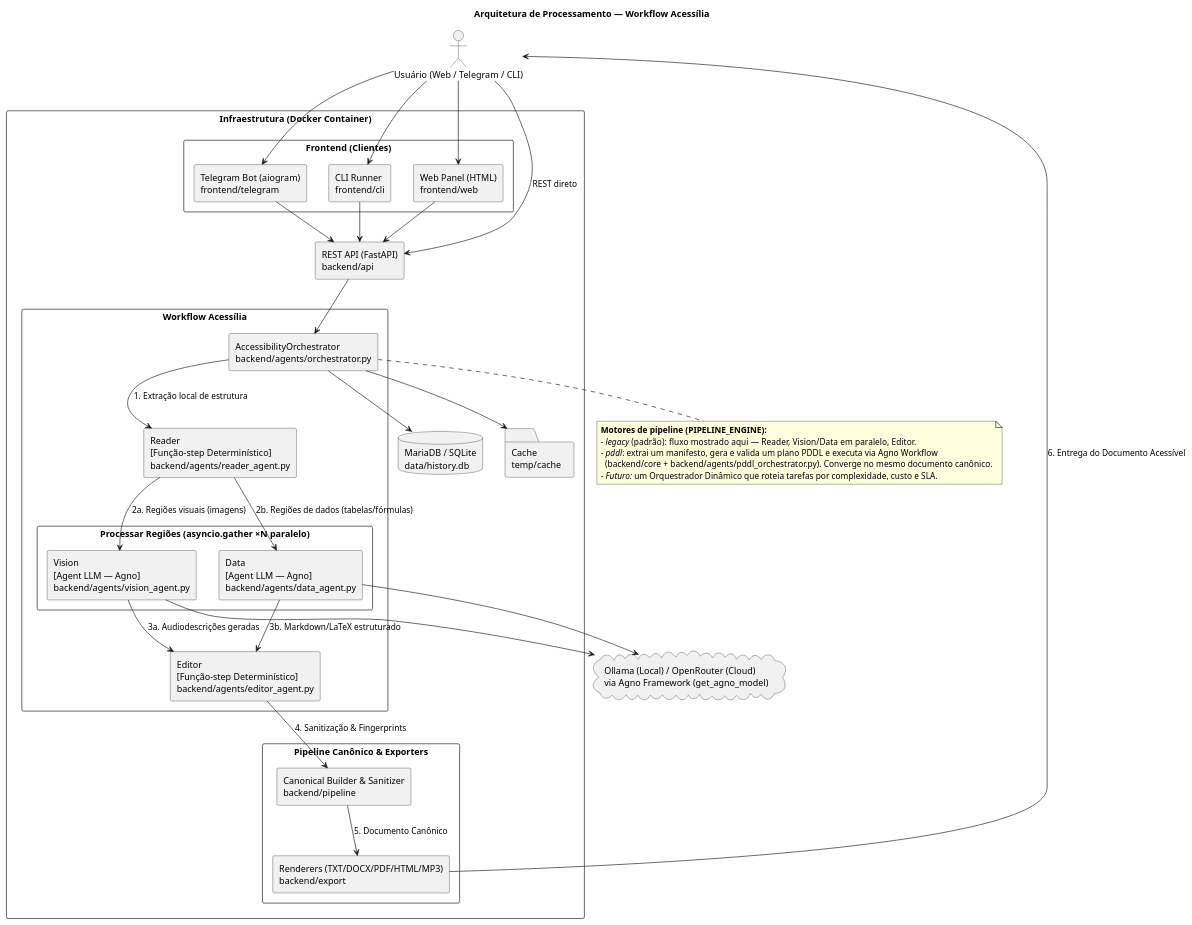
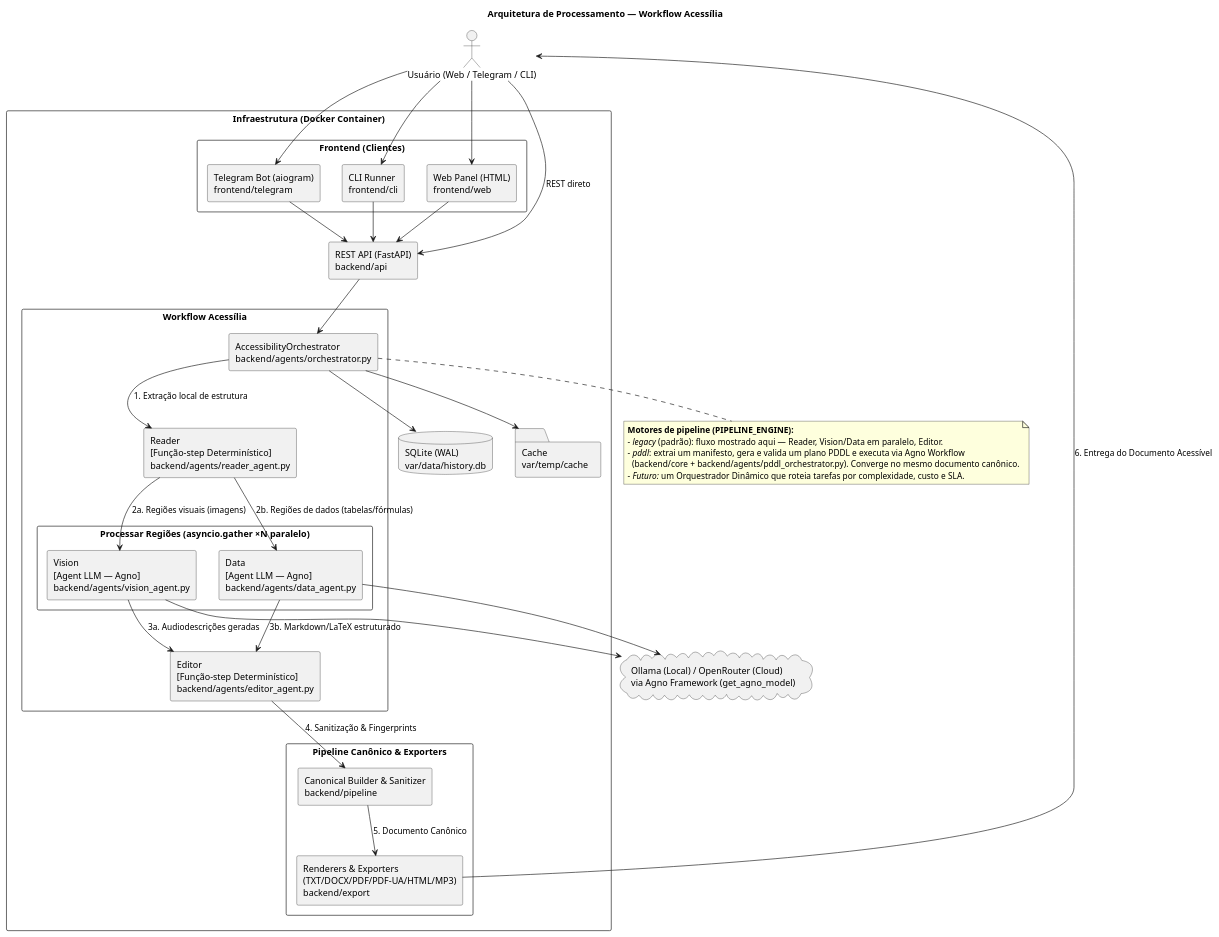
The diagram in docs/architecture/architecture.puml (A11yDevs/acessilia), drawn with PlantUML before and after one commit. The commit also changed 8 other files, not shown here.

```diff
--- a/docs/architecture/architecture.puml
+++ b/docs/architecture/architecture.puml
@@ -1,77 +1,77 @@
 @startuml architecture
 skinparam componentStyle rectangle
 skinparam shadowing false
 skinparam packageStyle rectangle
 
 title Arquitetura de Processamento — Workflow Acessília
 
 actor "Usuário (Web / Telegram / CLI)" as User
 
 package "Infraestrutura (Docker Container)" {
   
   package "Frontend (Clientes)" {
     component "Web Panel (HTML)\nfrontend/web" as WebUI
     component "Telegram Bot (aiogram)\nfrontend/telegram" as TelegramBot
     component "CLI Runner\nfrontend/cli" as CLI
   }
 
   component "REST API (FastAPI)\nbackend/api" as API
 
   package "Workflow Acessília" {
     component "AccessibilityOrchestrator\nbackend/agents/orchestrator.py" as Orchestrator
     
     component "Reader\n[Função-step Determinístico]\nbackend/agents/reader_agent.py" as Reader
     
     package "Processar Regiões (asyncio.gather ×N paralelo)" {
       component "Vision\n[Agent LLM — Agno]\nbackend/agents/vision_agent.py" as Vision
       component "Data\n[Agent LLM — Agno]\nbackend/agents/data_agent.py" as Data
     }
     
     component "Editor\n[Função-step Determinístico]\nbackend/agents/editor_agent.py" as Editor
   }
 
   package "Pipeline Canônico & Exporters" {
     component "Canonical Builder & Sanitizer\nbackend/pipeline" as Pipeline
-    component "Renderers (TXT/DOCX/PDF/HTML/MP3)\nbackend/export" as Exporters
+    component "Renderers & Exporters\n(TXT/DOCX/PDF/PDF-UA/HTML/MP3)\nbackend/export" as Exporters
   }
 
-  database "MariaDB / SQLite\ndata/history.db" as DB
-  folder "Cache\ntemp/cache" as Cache
+  database "SQLite (WAL)\nvar/data/history.db" as DB
+  folder "Cache\nvar/temp/cache" as Cache
 }
 
 cloud "Ollama (Local) / OpenRouter (Cloud)\nvia Agno Framework (get_agno_model)" as AI
 
 note bottom of Orchestrator
   <b>Motores de pipeline (PIPELINE_ENGINE):</b>
   - <i>legacy</i> (padrão): fluxo mostrado aqui — Reader, Vision/Data em paralelo, Editor.
   - <i>pddl</i>: extrai um manifesto, gera e valida um plano PDDL e executa via Agno Workflow
     (backend/core + backend/agents/pddl_orchestrator.py). Converge no mesmo documento canônico.
   - <i>Futuro:</i> um Orquestrador Dinâmico que roteia tarefas por complexidade, custo e SLA.
 end note
 
 User --> WebUI
 User --> TelegramBot
 User --> CLI
 User --> API : REST direto
 
 WebUI --> API
 TelegramBot --> API
 CLI --> API
 API --> Orchestrator
 
 Orchestrator --> DB
 Orchestrator --> Cache
 
 Orchestrator --> Reader : 1. Extração local de estrutura
 Reader --> Vision : 2a. Regiões visuais (imagens)
 Reader --> Data : 2b. Regiões de dados (tabelas/fórmulas)
 Vision --> AI
 Data --> AI
 
 Vision --> Editor : 3a. Audiodescrições geradas
 Data --> Editor : 3b. Markdown/LaTeX estruturado
 Editor --> Pipeline : 4. Sanitização & Fingerprints
 Pipeline --> Exporters : 5. Documento Canônico
 Exporters --> User : 6. Entrega do Documento Acessível
 
 @enduml
```
